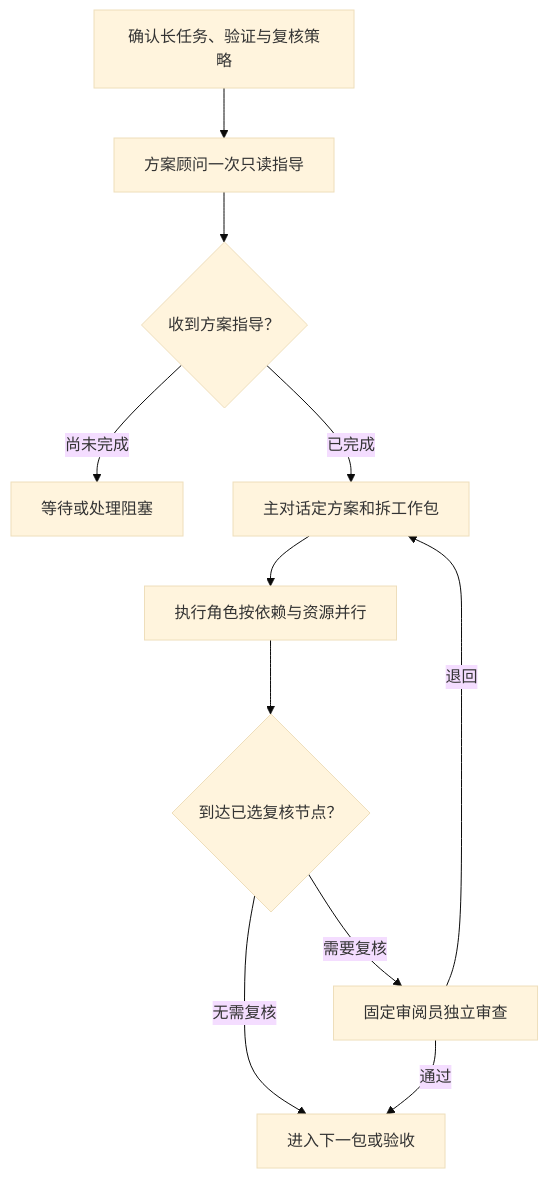
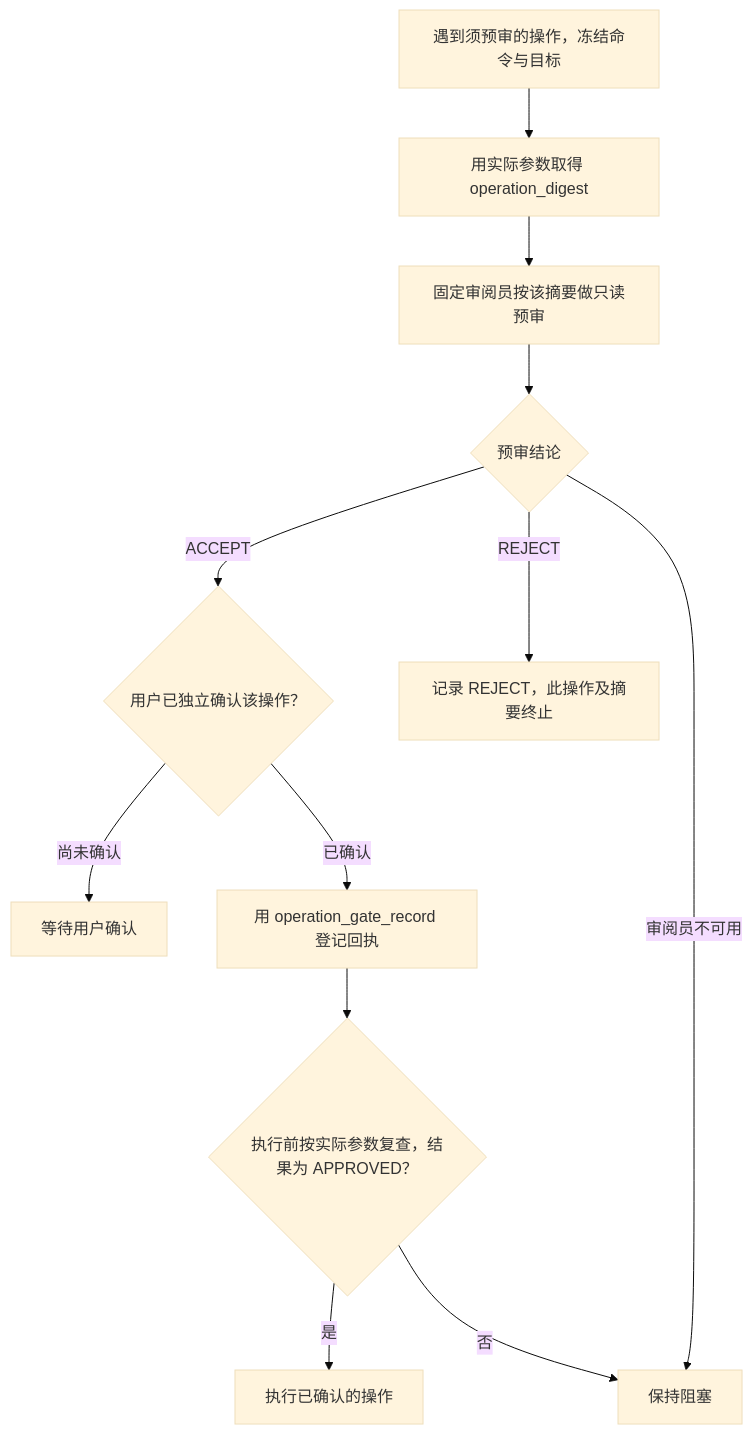
One commit to jinsc123654/single-conversation-subagent-skill changed the fourth of 4 diagrams in README.md. Above: the diagram before and after it, drawn with Mermaid (base theme). The commit also changed other lines of this file and 5 other files, not shown here.

````diff
--- a/README.md
+++ b/README.md
@@ -16,13 +105,14 @@
 ```mermaid
 flowchart TD
-  A["确认长任务、验证与复核策略"] --> B["方案顾问一次只读指导"]
-  B --> C{"收到方案指导？"}
-  C -->|尚未完成| D["等待或处理阻塞"]
-  C -->|已完成| E["主对话定方案和拆工作包"]
-  E --> F["执行角色按依赖与资源并行"]
-  F --> G{"到达已选复核节点？"}
-  G -->|需要复核| H["固定审阅员独立审查"]
-  G -->|无需复核| I["进入下一包或验收"]
-  H -->|通过| I
-  H -->|退回| E
+  Trigger["遇到须预审的操作，冻结命令与目标"] --> Digest["用实际参数取得 operation_digest"]
+  Digest --> Reviewer["固定审阅员按该摘要做只读预审"]
+  Reviewer --> Result{"预审结论"}
+  Result -->|ACCEPT| Confirm{"用户已独立确认该操作？"}
+  Result -->|REJECT| Reject["记录 REJECT，此操作及摘要终止"]
+  Result -->|审阅员不可用| Held["保持阻塞"]
+  Confirm -->|尚未确认| Wait["等待用户确认"]
+  Confirm -->|已确认| Record["用 operation_gate_record 登记回执"]
+  Record --> Check{"执行前按实际参数复查，结果为 APPROVED？"}
+  Check -->|是| Run["执行已确认的操作"]
+  Check -->|否| Held
 ```
````
